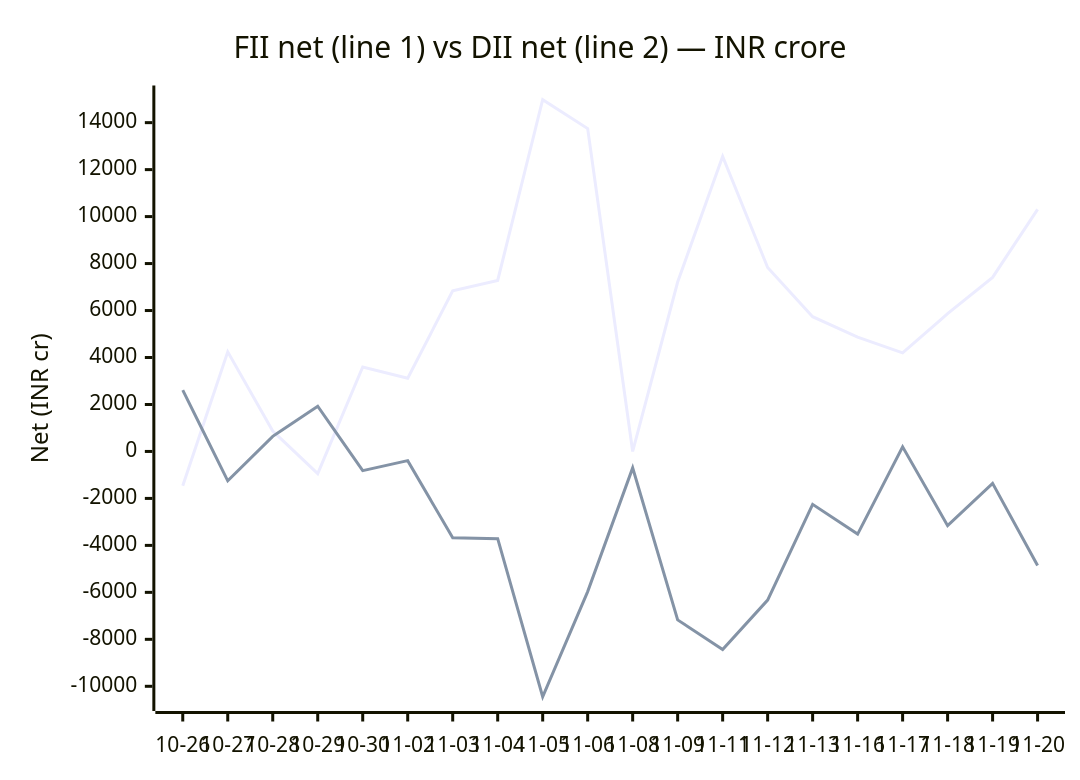
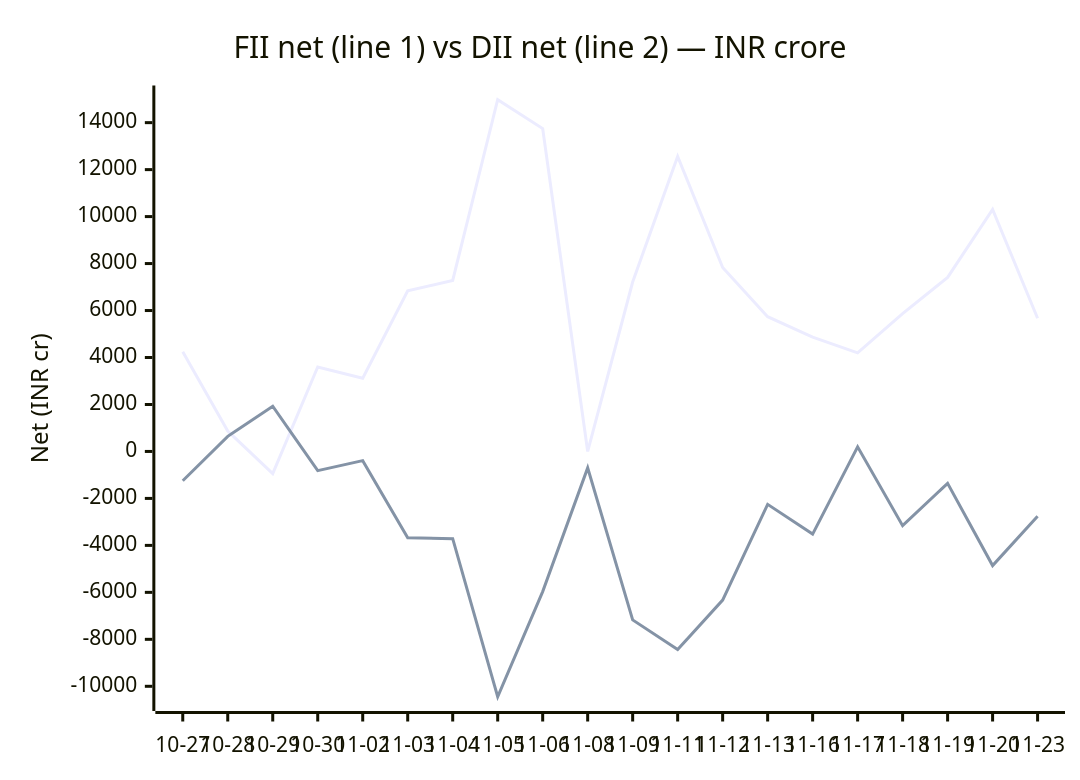
One commit to chirag127/fii-dii-activity-api changed the second of 2 diagrams in README.md. Above: the diagram before and after it, drawn with Mermaid. The commit also changed other lines of this file and 5 other files, not shown here.

````diff
--- a/README.md
+++ b/README.md
@@ -53,8 +53,8 @@
 ```mermaid
 xychart-beta
     title "FII net (line 1) vs DII net (line 2) — INR crore"
-    x-axis ["10-26", "10-27", "10-28", "10-29", "10-30", "11-02", "11-03", "11-04", "11-05", "11-06", "11-08", "11-09", "11-11", "11-12", "11-13", "11-16", "11-17", "11-18", "11-19", "11-20"]
+    x-axis ["10-27", "10-28", "10-29", "10-30", "11-02", "11-03", "11-04", "11-05", "11-06", "11-08", "11-09", "11-11", "11-12", "11-13", "11-16", "11-17", "11-18", "11-19", "11-20", "11-23"]
     y-axis "Net (INR cr)" -10445 --> 14975
-    line [-1462.49, 4240.39, 871.83, -943.6, 3598.54, 3114.68, 6836.81, 7284.03, 14974.68, 13749.82, -0.25, 7212.22, 12563.33, 7830.6, 5736.55, 4864.68, 4195.38, 5866.78, 7411.41, 10308.42]
-    line [2609.57, -1250.03, 643.35, 1924.41, -817.51, -392.2, -3678.85, -3712.23, -10444.54, -5968.7, -700.31, -7172.53, -8434.53, -6331.17, -2253.58, -3519.05, 196.93, -3159.9, -1356.57, -4859.8]
+    line [4240.39, 871.83, -943.6, 3598.54, 3114.68, 6836.81, 7284.03, 14974.68, 13749.82, -0.25, 7212.22, 12563.33, 7830.6, 5736.55, 4864.68, 4195.38, 5866.78, 7411.41, 10308.42, 5672.99]
+    line [-1250.03, 643.35, 1924.41, -817.51, -392.2, -3678.85, -3712.23, -10444.54, -5968.7, -700.31, -7172.53, -8434.53, -6331.17, -2253.58, -3519.05, 196.93, -3159.9, -1356.57, -4859.8, -2760.12]
 ```
````
